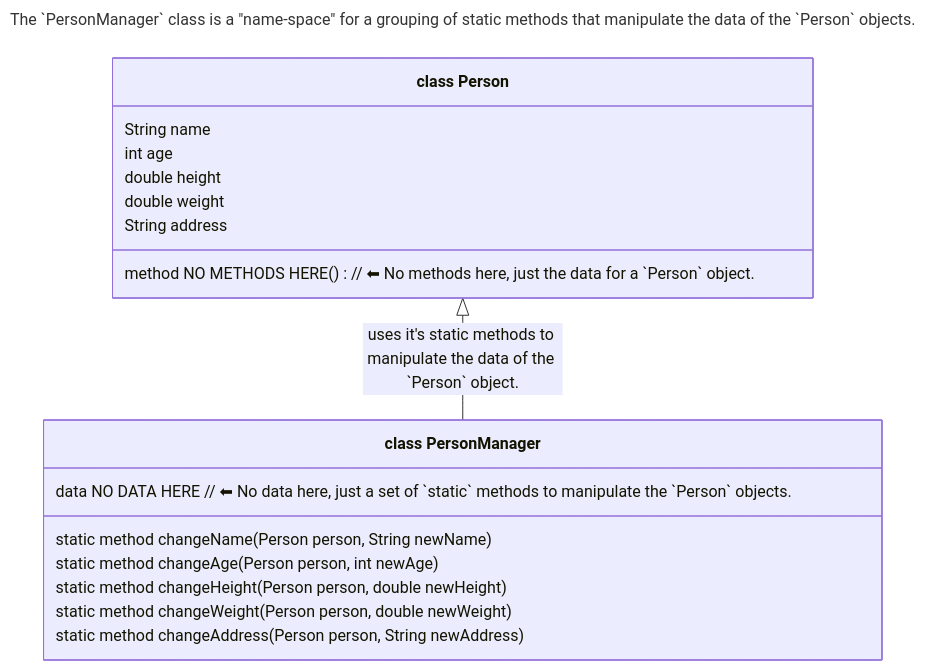
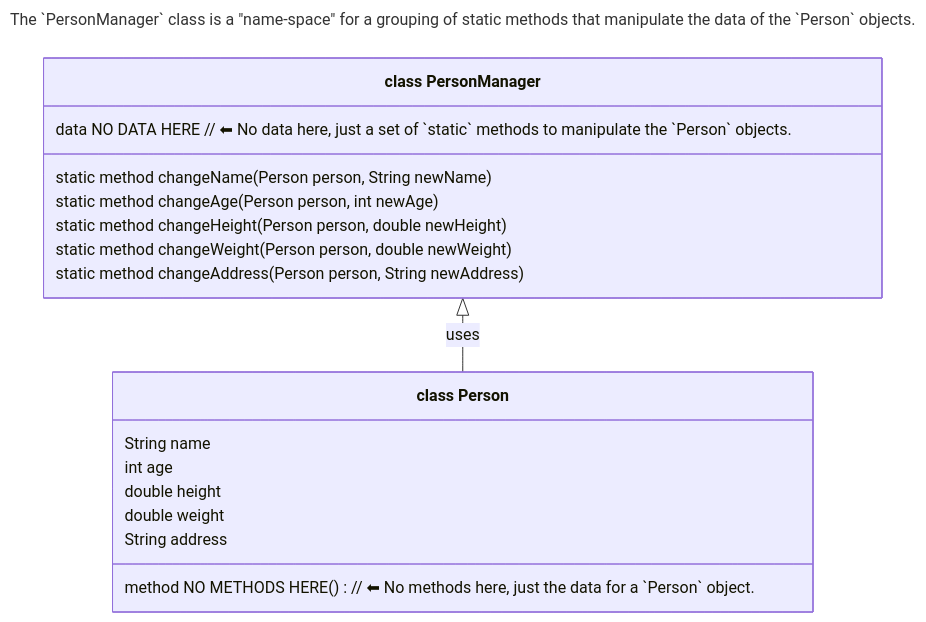
The second of 7 diagrams in 09-ClassOrientedProgramming.md (realityexpander/How_to_program_from_ground_up), drawn with Mermaid before and after one commit. The commit also changed other lines of this file and 1 other file, not shown here.

Commit message:
improve COP

````diff
--- a/09-ClassOrientedProgramming.md
+++ b/09-ClassOrientedProgramming.md
@@ -212,30 +211,29 @@
-        ```mermaid
-        ---
-        title: The `PersonManager` class is a "name-space" for a grouping of static methods that manipulate the data of the `Person` objects.
-        ---
-        classDiagram
-        direction TB 
-      
-        Person <|-- PersonManager : uses it's static methods to manipulate the data of the `Person` object.
-       
-        class PersonManager["class PersonManager"] {
-           data NO DATA HERE // ⬅︎ No data here, just a set of `static` methods to manipulate the `Person` objects. 
-        
-           static method changeName(Person person, String newName)
-           static method changeAge(Person person, int newAge)
-           static method changeHeight(Person person, double newHeight)
-           static method changeWeight(Person person, double newWeight)
-           static method changeAddress(Person person, String newAddress)
-        }
-        
-        class Person["class Person"] { 
-           String name
-           int age
-           double height
-           double weight
-           String address
-      
-           method NO METHODS HERE()  // ⬅︎ No methods here, just the data for a `Person` object.
-        }
-      
-        ```
+    ```mermaid
+    ---
+    title: The `PersonManager` class is a "name-space" for a grouping of static methods that manipulate the data of the `Person` objects.
+    ---
+    classDiagram
+    direction TB 
+  
+    PersonManager <|-- Person : uses
+    
+    class PersonManager["class PersonManager"] {
+       data NO DATA HERE // ⬅︎ No data here, just a set of `static` methods to manipulate the `Person` objects. 
+    
+       static method changeName(Person person, String newName)
+       static method changeAge(Person person, int newAge)
+       static method changeHeight(Person person, double newHeight)
+       static method changeWeight(Person person, double newWeight)
+       static method changeAddress(Person person, String newAddress)
+    }
+    
+    class Person["class Person"] { 
+       String name
+       int age
+       double height
+       double weight
+       String address
+    
+       method NO METHODS HERE()  // ⬅︎ No methods here, just the data for a `Person` object.
+    }
+    ```
````
